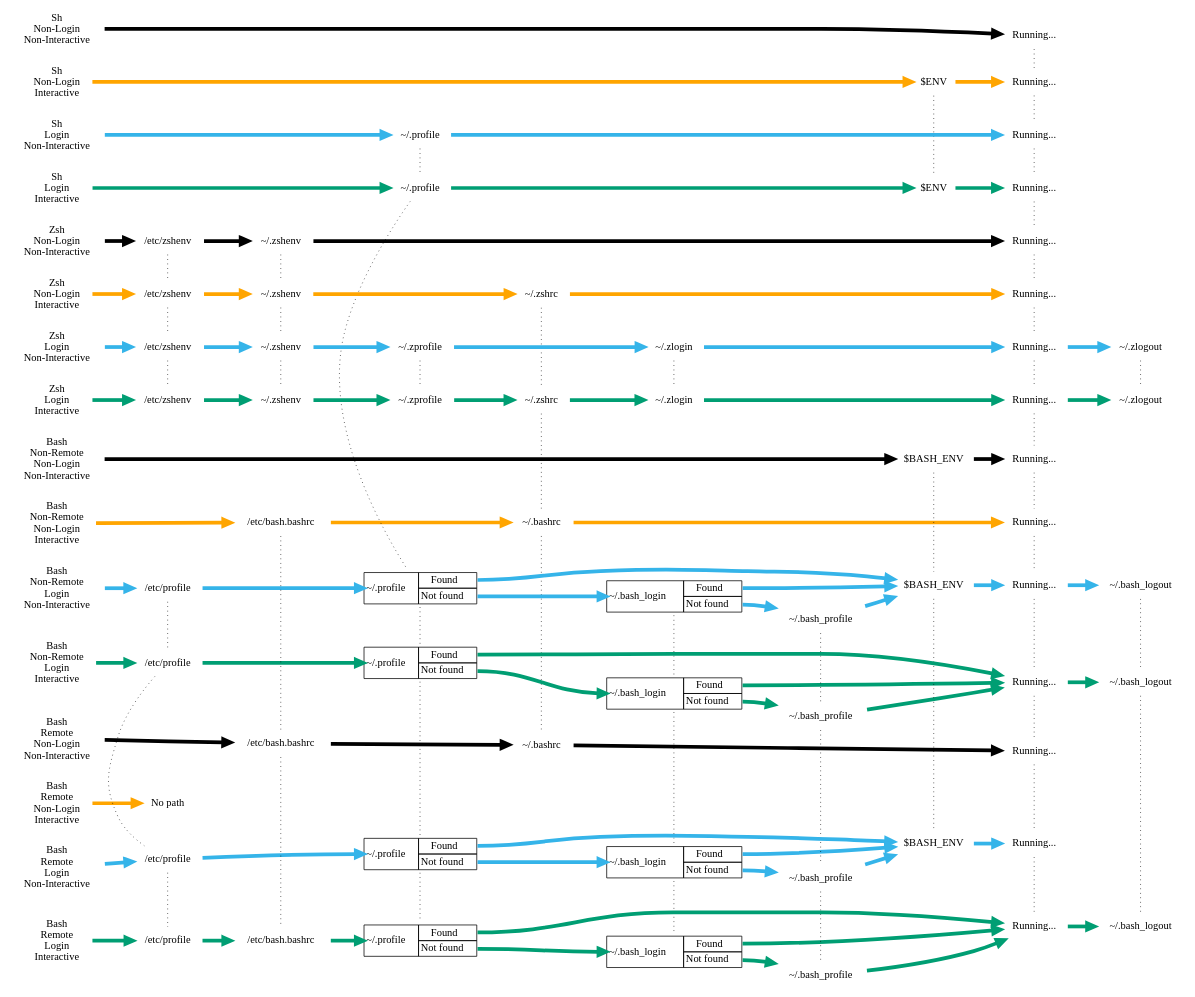
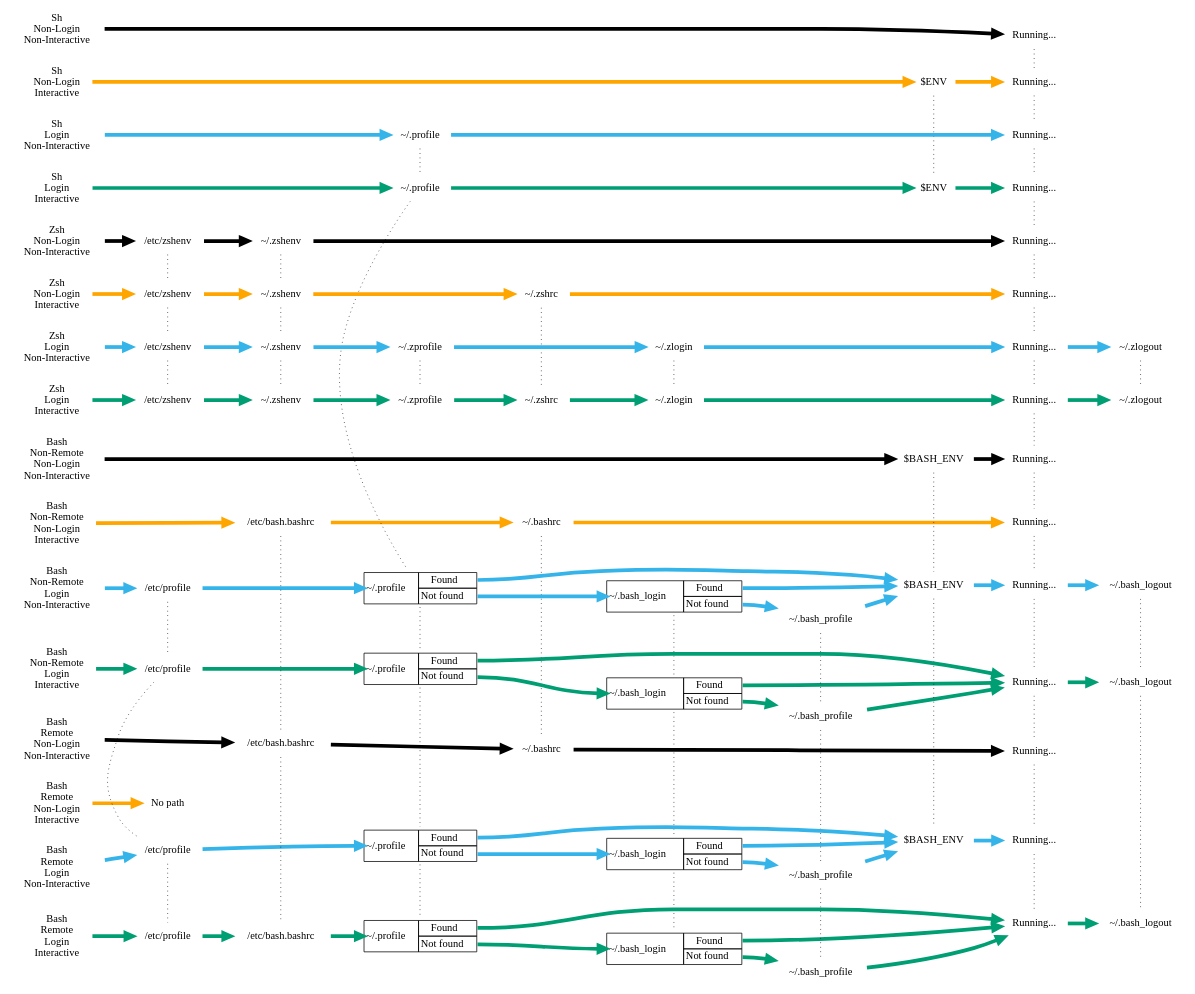
The diagram in assets/sh-zsh-bash-refactor/refactor-output/refactor-output.dot (mikemol/mikemol.github.io), drawn with Graphviz before and after one commit.

Commit message:
Don't connect zsh_li_home_zshrc and bash_nni_home_bashrc
They're two different files. They have a similar function, which is why they're sameranked, but they''re different files.

```diff
--- a/assets/sh-zsh-bash-refactor/refactor-output/refactor-output.dot
+++ b/assets/sh-zsh-bash-refactor/refactor-output/refactor-output.dot
@@ -70,7 +70,7 @@
         bash_rnn_home_bashrc
 
         zsh_ni_home_zshrc ->
-        zsh_li_home_zshrc ->
+        zsh_li_home_zshrc
         bash_nni_home_bashrc ->
         bash_rnn_home_bashrc
     }
```
